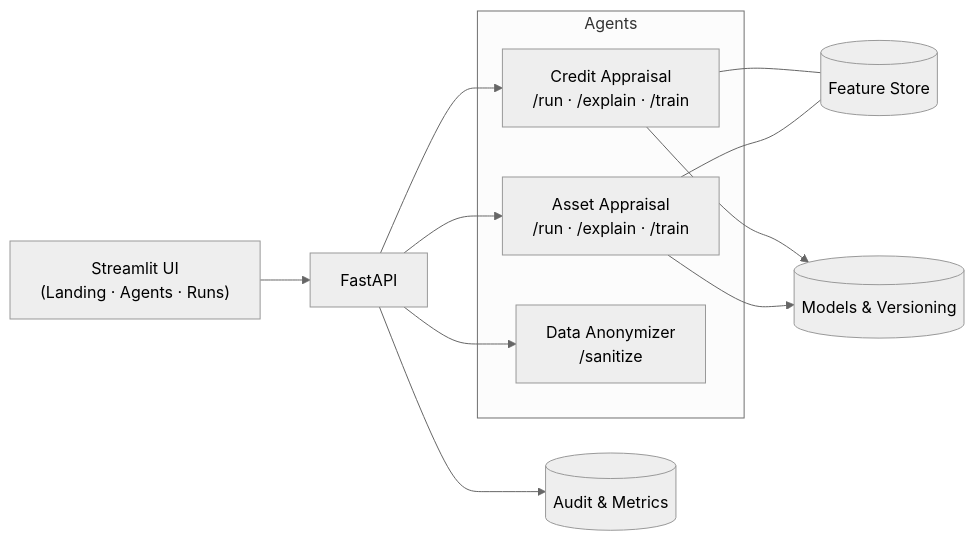
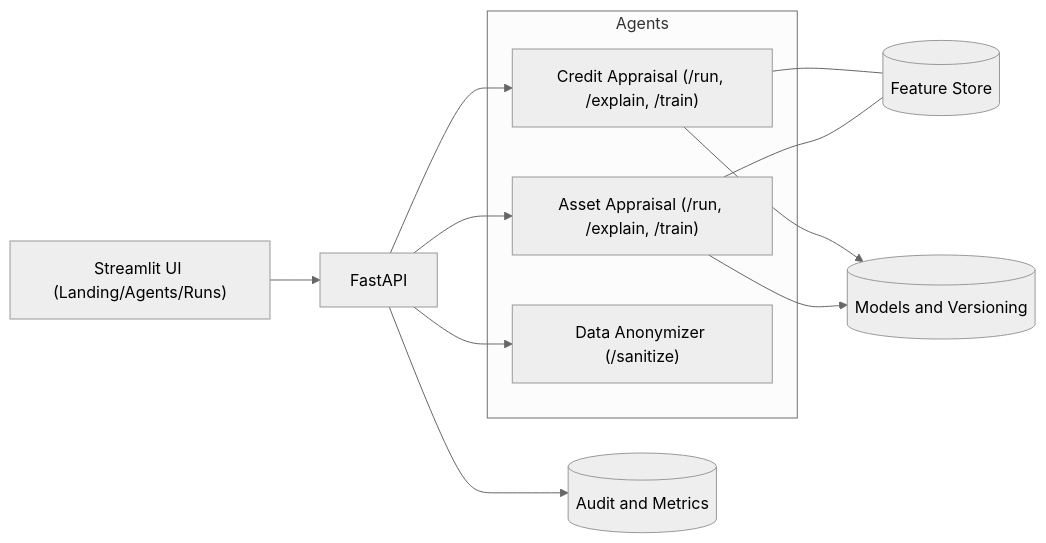
The diagram in README.md (Sherlock2019/AI-AIGENTbythePeoplesANDBOX), drawn with Mermaid (neutral theme) before and after one commit. The commit also changed other lines of this file, not shown here.

````diff
--- a/README.md
+++ b/README.md
@@ -107,20 +101,20 @@
 ```mermaid
 flowchart LR
-  UI["Streamlit UI<br/>(Landing · Agents · Runs)"] --> API[FastAPI]
+  UI["Streamlit UI (Landing/Agents/Runs)"] --> API[FastAPI]
 
   subgraph Agents
-    CA["Credit Appraisal<br/>/run · /explain · /train"]
-    AA["Asset Appraisal<br/>/run · /explain · /train"]
-    DA["Data Anonymizer<br/>/sanitize"]
+    CA["Credit Appraisal (/run, /explain, /train)"]
+    AA["Asset Appraisal (/run, /explain, /train)"]
+    DA["Data Anonymizer (/sanitize)"]
   end
 
   API --> CA
   API --> AA
   API --> DA
 
   CA --- FS[(Feature Store)]
   AA --- FS
-  CA --> MLOps[(Models & Versioning)]
+  CA --> MLOps[(Models and Versioning)]
   AA --> MLOps
-  API --> Logs[(Audit & Metrics)]
+  API --> Logs[(Audit and Metrics)]
 ```
````
